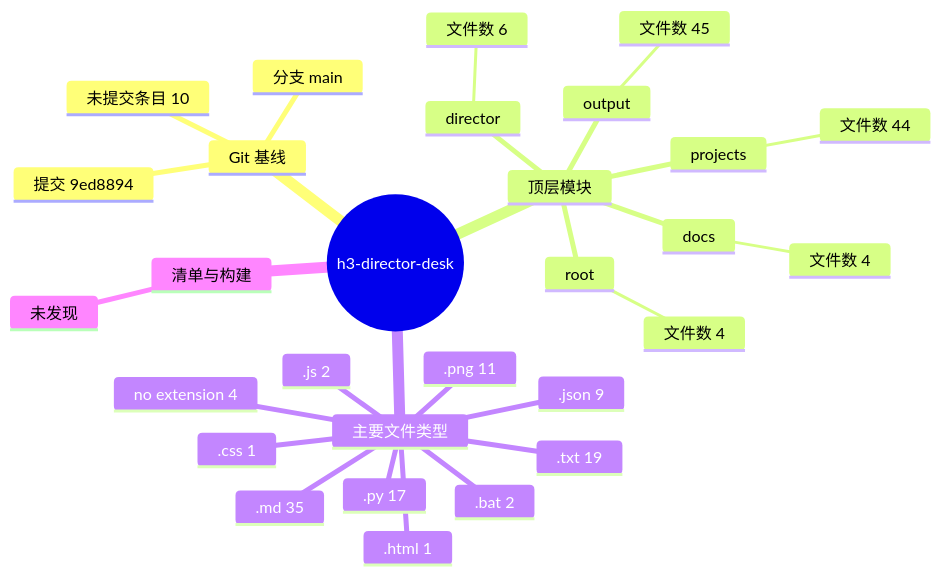
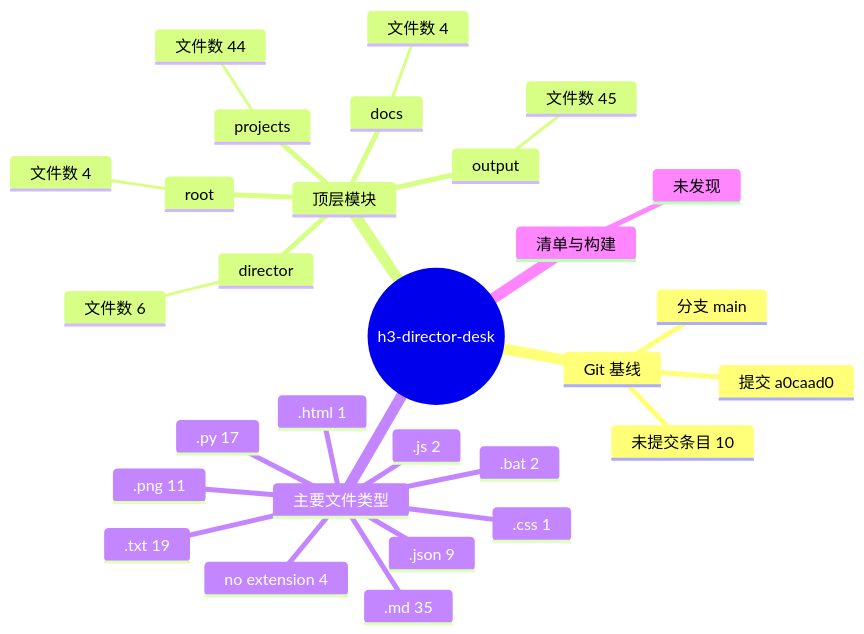
Before and after one commit to Exalex/h3-director-desk: the diagram in docs/project-evolution/mindmaps/repository-structure.md, drawn with Mermaid. The commit also changed 9 other files, not shown here.

````diff
--- a/docs/project-evolution/mindmaps/repository-structure.md
+++ b/docs/project-evolution/mindmaps/repository-structure.md
@@ -5,32 +5,32 @@
 ```mermaid
 mindmap
   root((h3-director-desk))
     Git 基线
       分支 main
-      提交 9ed8894
+      提交 a0caad0
       未提交条目 10
     顶层模块
       output
         文件数 45
       projects
         文件数 44
       director
         文件数 6
       root
         文件数 4
       docs
         文件数 4
     主要文件类型
       .md 35
       .txt 19
       .py 17
       .png 11
       .json 9
       no extension 4
       .bat 2
       .js 2
       .html 1
       .css 1
     清单与构建
       未发现
 ```
````
